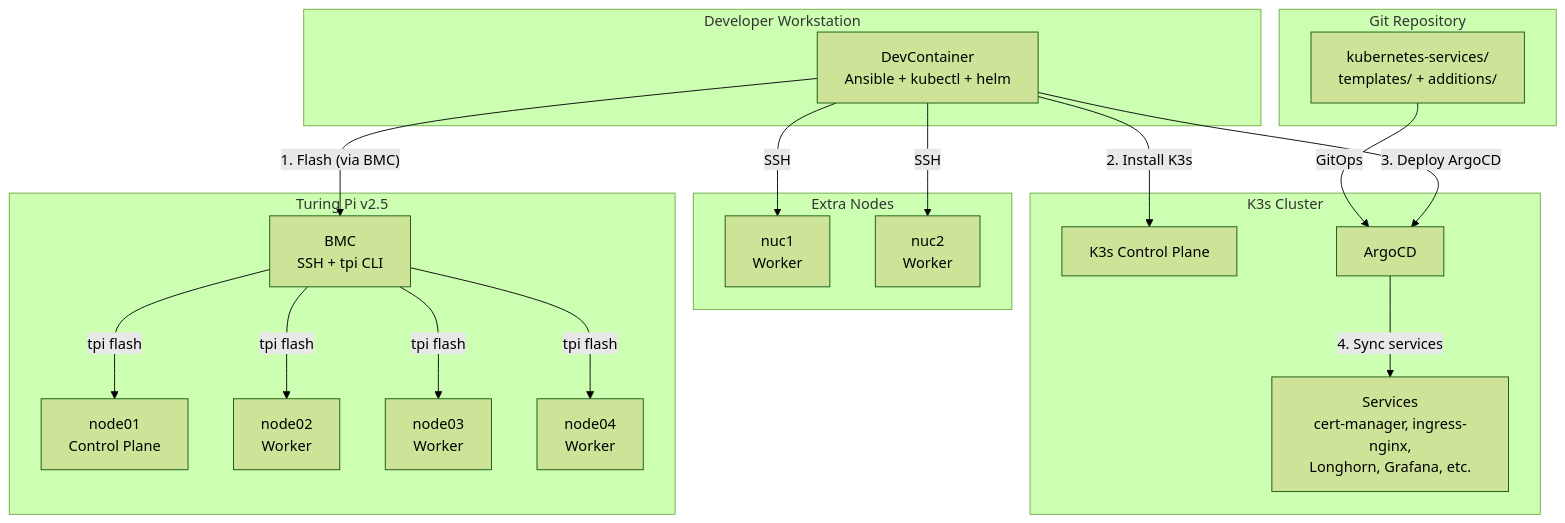
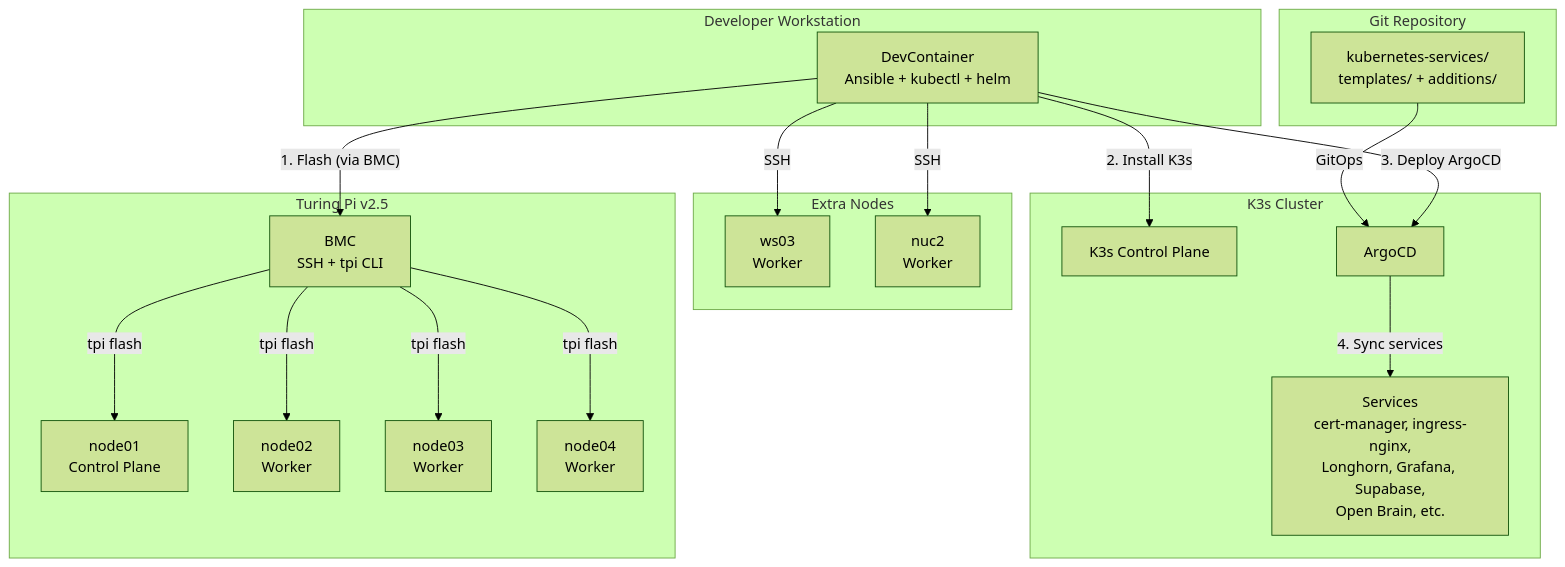
The first of 3 diagrams in docs/explanations/architecture.md (gilesknap/tpi-k3s-ansible), drawn with Mermaid (forest theme) before and after one commit. The commit also changed 26 other files, not shown here.

First line of the commit message:
Add MinIO file attachments for Open Brain (#182)

````diff
--- a/docs/explanations/architecture.md
+++ b/docs/explanations/architecture.md
@@ -11,37 +11,37 @@
 ```mermaid
 flowchart TB
     subgraph Workstation["Developer Workstation"]
         DC[DevContainer<br/>Ansible + kubectl + helm]
     end
 
     subgraph TuringPi["Turing Pi v2.5"]
         BMC[BMC<br/>SSH + tpi CLI]
         N1[node01<br/>Control Plane]
         N2[node02<br/>Worker]
         N3[node03<br/>Worker]
         N4[node04<br/>Worker]
     end
 
     subgraph Extra["Extra Nodes"]
-        E1[nuc1<br/>Worker]
+        E1[ws03<br/>Worker]
         E2[nuc2<br/>Worker]
     end
 
     subgraph Cluster["K3s Cluster"]
         K3S[K3s Control Plane]
         ARGO[ArgoCD]
-        SVC[Services<br/>cert-manager, ingress-nginx,<br/>Longhorn, Grafana, etc.]
+        SVC[Services<br/>cert-manager, ingress-nginx,<br/>Longhorn, Grafana, Supabase,<br/>Open Brain, etc.]
     end
 
     subgraph Git["Git Repository"]
         REPO["kubernetes-services/<br/>templates/ + additions/"]
     end
 
     DC -->|"1. Flash (via BMC)"| BMC
     BMC -->|"tpi flash"| N1 & N2 & N3 & N4
     DC -->|"2. Install K3s"| K3S
     DC -->|"3. Deploy ArgoCD"| ARGO
     ARGO -->|"4. Sync services"| SVC
     REPO -->|"GitOps"| ARGO
     DC -->|"SSH"| E1 & E2
 ```
````
